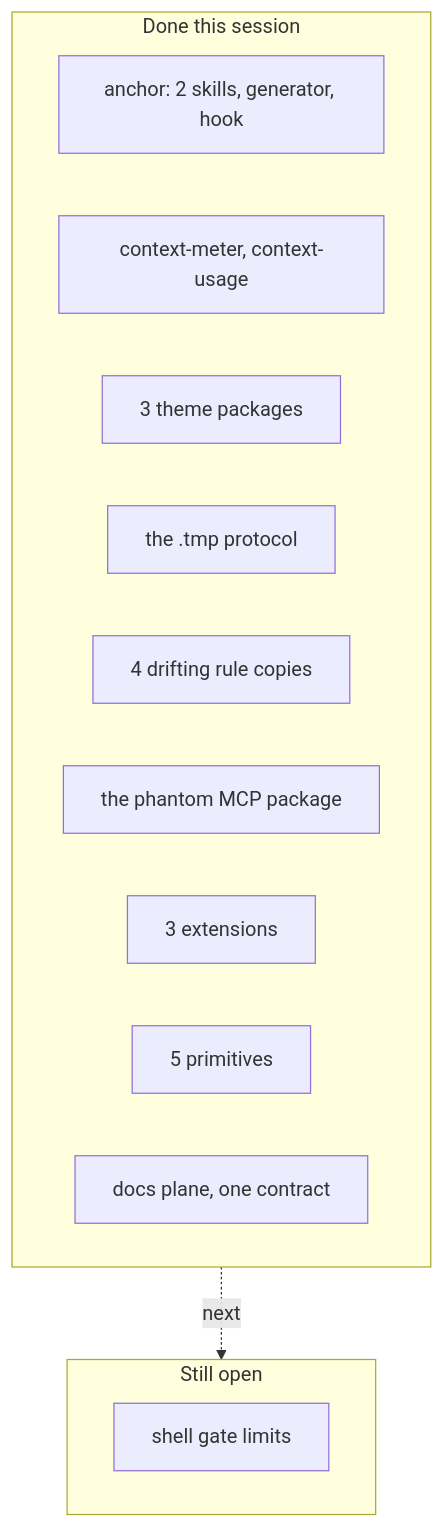
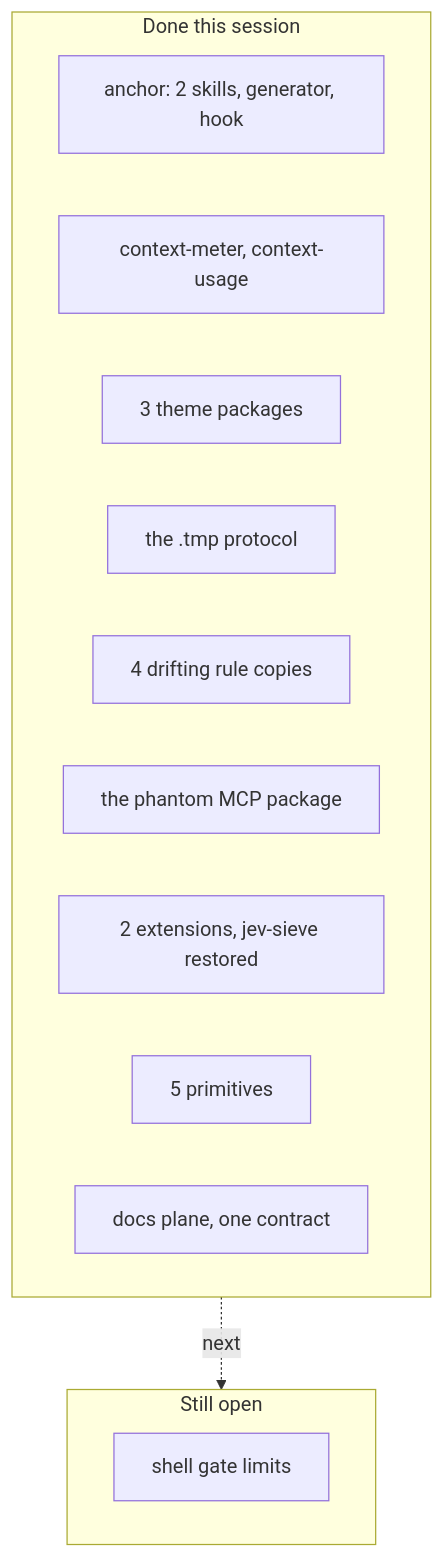
The fifth of 5 diagrams in agent/harness-map.md (sub0xdai/n0x-pi), drawn with Mermaid before and after one commit. The commit also changed other lines of this file and 6 other files, not shown here.

First line of the commit message:
revert(extensions): restore jev-sieve, it defaults to off and jev is in use

````diff
--- a/agent/harness-map.md
+++ b/agent/harness-map.md
@@ -155,18 +155,18 @@
 ```mermaid
 flowchart TB
     subgraph D["Done this session"]
         D1["anchor: 2 skills, generator, hook"]
         D2["context-meter, context-usage"]
         D3["3 theme packages"]
         D4["the .tmp protocol"]
         D5["4 drifting rule copies"]
         D6["the phantom MCP package"]
-        D7["3 extensions"]
+        D7["2 extensions, jev-sieve restored"]
         D8["5 primitives"]
         D9["docs plane, one contract"]
     end
     subgraph O["Still open"]
         O1["shell gate limits"]
     end
     D -.->|"next"| O
 ```
````
